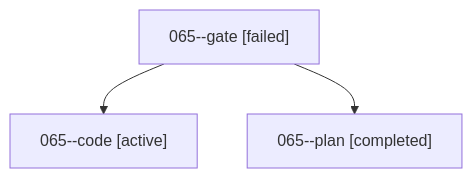
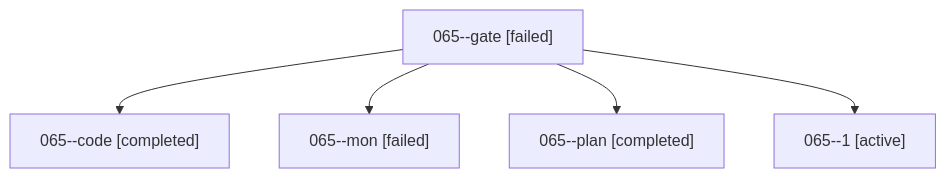
One commit to bobs-org/bob-cli--agents changed the diagram in families/bbugyi200.athena.065.md. Above: the diagram before and after it, drawn with Mermaid. The commit also changed other lines of this file and 22 other files, not shown here.

````diff
--- a/families/bbugyi200.athena.065.md
+++ b/families/bbugyi200.athena.065.md
@@ -9,8 +9,12 @@
 ```mermaid
 flowchart TD
   n0["065--gate [failed]"]
-  n1["065--code [active]"]
+  n1["065--code [completed]"]
   n0 --> n1
-  n2["065--plan [completed]"]
+  n2["065--mon [failed]"]
   n0 --> n2
+  n3["065--plan [completed]"]
+  n0 --> n3
+  n4["065--1 [active]"]
+  n0 --> n4
 ```
````
